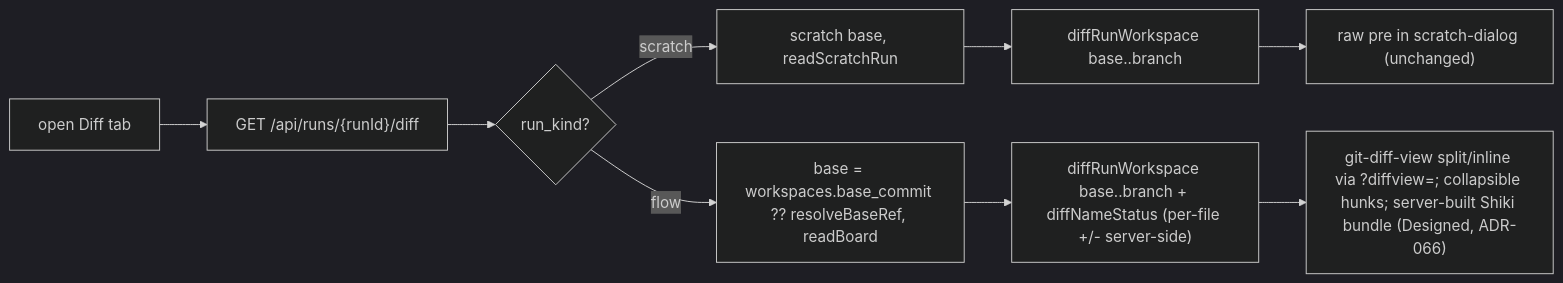
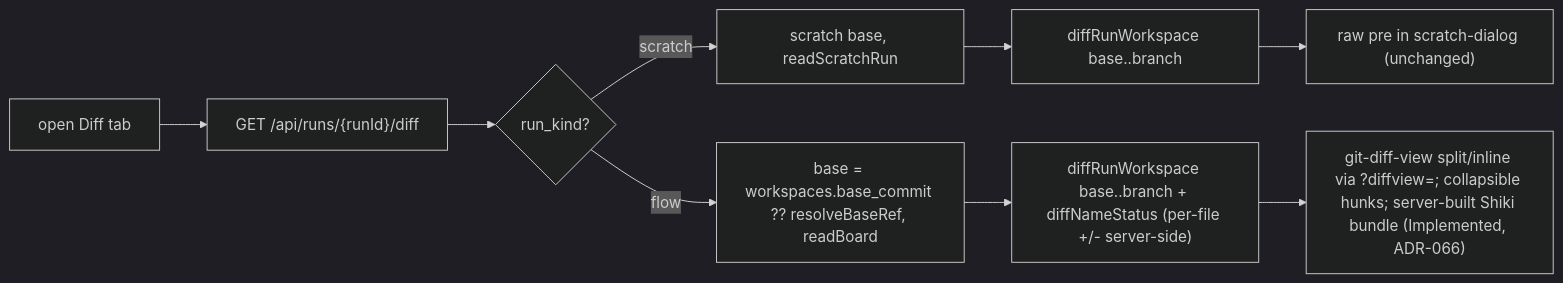
Before and after one commit to maister-dev/maister: the fifth of 5 diagrams in docs/system-analytics/workbench.md, drawn with Mermaid (dark theme). The commit also changed other lines of this file and 26 other files, not shown here.

````diff
--- a/docs/system-analytics/workbench.md
+++ b/docs/system-analytics/workbench.md
@@ -162,11 +163,11 @@
 ```mermaid
 flowchart LR
     OpenD["open Diff tab"] --> Diff["GET /api/runs/{runId}/diff"]
     Diff --> Kind{"run_kind?"}
     Kind -- scratch --> SB["scratch base, readScratchRun"]
     Kind -- flow --> FB["base = workspaces.base_commit ?? resolveBaseRef, readBoard"]
     SB --> SRange["diffRunWorkspace base..branch"]
     FB --> FRange["diffRunWorkspace base..branch + diffNameStatus (per-file +/- server-side)"]
     SRange --> SPre["raw pre in scratch-dialog (unchanged)"]
-    FRange --> DV["git-diff-view split/inline via ?diffview=; collapsible hunks; server-built Shiki bundle (Designed, ADR-066)"]
+    FRange --> DV["git-diff-view split/inline via ?diffview=; collapsible hunks; server-built Shiki bundle (Implemented, ADR-066)"]
 ```
````
